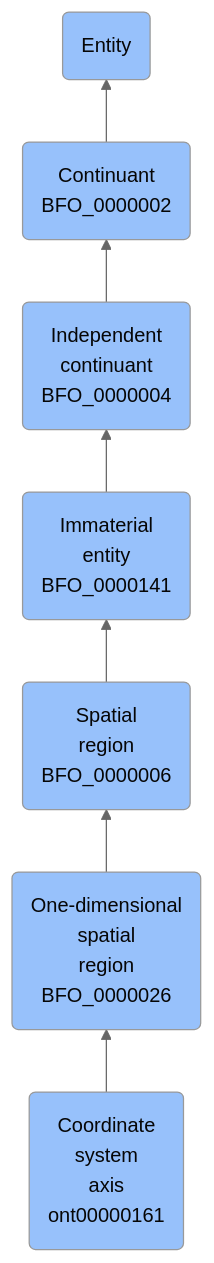
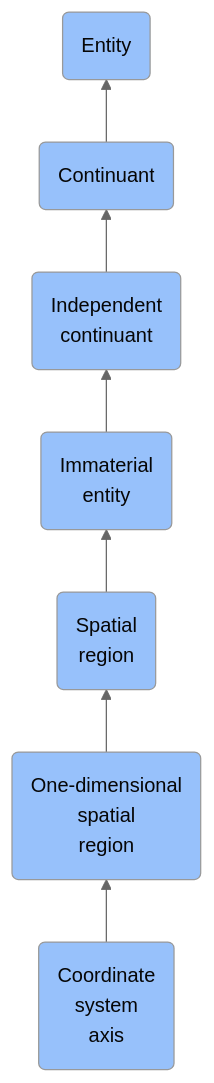
Before and after one commit to jupyter-naas/abi: the diagram in docs/ontology/reference/model/Entity/Continuant/Independent continuant/Immaterial entity/Spatial region/One-dimensional spatial region/Coordinate system axis/Coordinate system axis.md, drawn with Mermaid (neutral theme). The commit also changed other lines of this file and 1430 other files, not shown here.

````diff
--- a/docs/ontology/reference/model/Entity/Continuant/Independent continuant/Immaterial entity/Spatial region/One-dimensional spatial region/Coordinate system axis/Coordinate system axis.md
+++ b/docs/ontology/reference/model/Entity/Continuant/Independent continuant/Immaterial entity/Spatial region/One-dimensional spatial region/Coordinate system axis/Coordinate system axis.md
@@ -24,14 +24,14 @@
 ```mermaid
 graph BT
-    ont00000161(Coordinate<br>system<br>axis<br>ont00000161):::BFO-->BFO_0000026
-    BFO_0000026(One-dimensional<br>spatial<br>region<br>BFO_0000026):::BFO-->BFO_0000006
-    BFO_0000006(Spatial<br>region<br>BFO_0000006):::BFO-->BFO_0000141
-    BFO_0000141(Immaterial<br>entity<br>BFO_0000141):::BFO-->BFO_0000004
-    BFO_0000004(Independent<br>continuant<br>BFO_0000004):::BFO-->BFO_0000002
-    BFO_0000002(Continuant<br>BFO_0000002):::BFO-->BFO_0000001
+    ont00000161(Coordinate<br>system<br>axis):::BFO-->BFO_0000026
+    BFO_0000026(One-dimensional<br>spatial<br>region):::BFO-->BFO_0000006
+    BFO_0000006(Spatial<br>region):::BFO-->BFO_0000141
+    BFO_0000141(Immaterial<br>entity):::BFO-->BFO_0000004
+    BFO_0000004(Independent<br>continuant):::BFO-->BFO_0000002
+    BFO_0000002(Continuant):::BFO-->BFO_0000001
     BFO_0000001(Entity):::BFO
     
     classDef BFO fill:#97c1fb,color:#060606
     classDef CCO fill:#e4c51e,color:#060606
     classDef ABI fill:#48DD82,color:#060606
 ```
````
